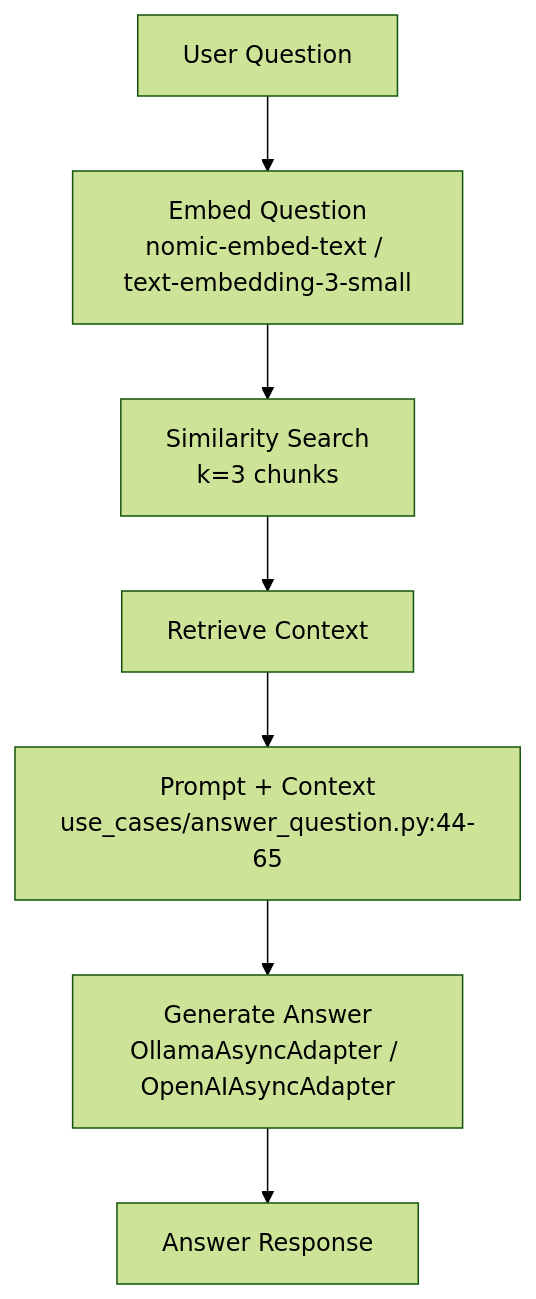
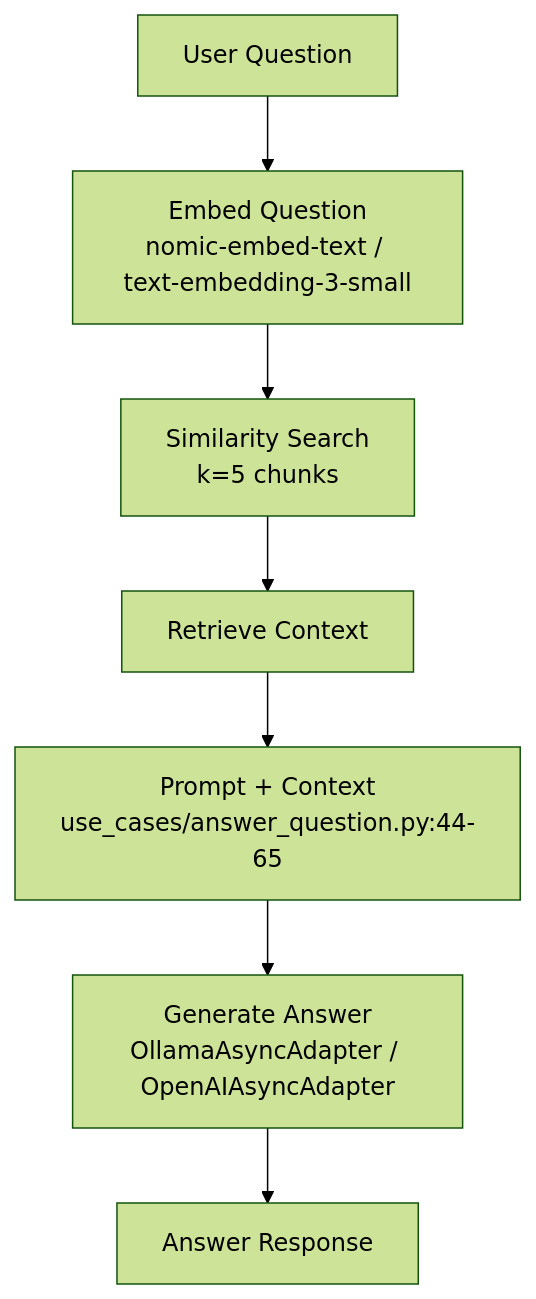
The fourth of 6 diagrams in docs/ARCHITECTURE.md (urrestarazu-alejandro/promtior-chat-assistant), drawn with Mermaid (forest theme) before and after one commit. The commit also changed other lines of this file and 25 other files, not shown here.

````diff
--- a/docs/ARCHITECTURE.md
+++ b/docs/ARCHITECTURE.md
@@ -236,9 +236,9 @@
 ```mermaid
 flowchart TD
     Q["User Question"] --> V["Embed Question<br/>nomic-embed-text / text-embedding-3-small"]
-    V --> S["Similarity Search<br/>k=3 chunks"]
+    V --> S["Similarity Search<br/>k=5 chunks"]
     S --> C["Retrieve Context"]
     C --> P["Prompt + Context<br/>use_cases/answer_question.py:44-65"]
     P --> L["Generate Answer<br/>OllamaAsyncAdapter / OpenAIAsyncAdapter"]
     L --> A["Answer Response"]
 ```
````
